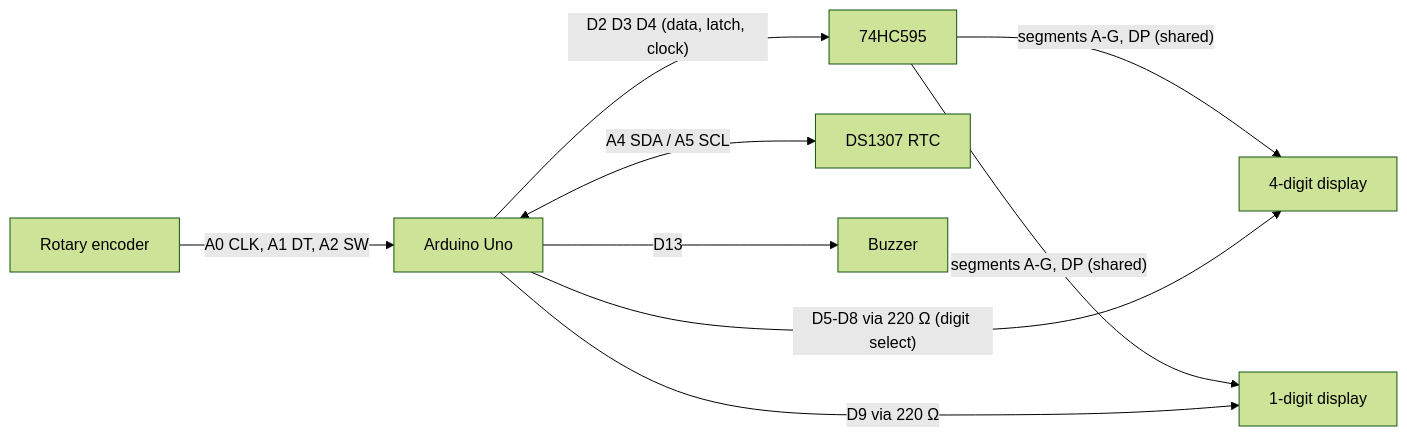
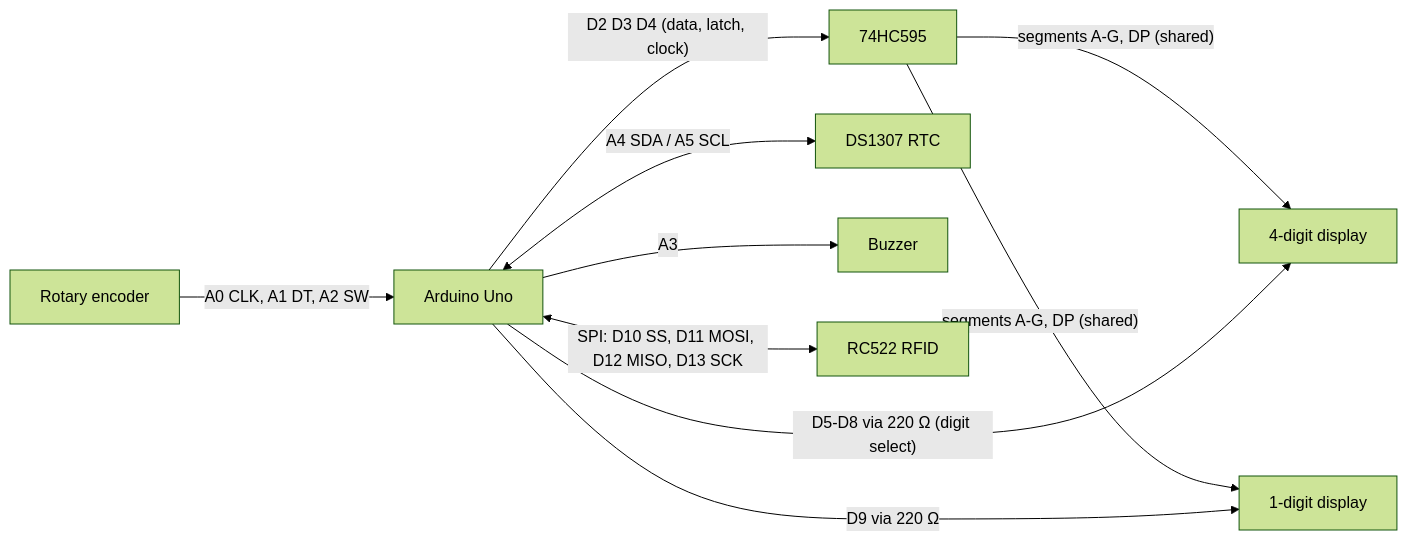
Before and after one commit to Tsheehan11/arduino-desk-clock: the diagram in README.md, drawn with Mermaid (forest theme). The commit also changed other lines of this file and 7 other files, not shown here.

````diff
--- a/README.md
+++ b/README.md
@@ -65,18 +69,20 @@
 ```mermaid
 flowchart LR
   UNO[Arduino Uno]
   SR[74HC595]
   D4[4-digit display]
   D1[1-digit display]
   RTC[DS1307 RTC]
   ENC[Rotary encoder]
   BZ[Buzzer]
+  RF[RC522 RFID]
   UNO -- "D2 D3 D4 (data, latch, clock)" --> SR
   SR -- "segments A-G, DP (shared)" --> D4
   SR -- "segments A-G, DP (shared)" --> D1
   UNO -- "D5-D8 via 220 Ω (digit select)" --> D4
   UNO -- "D9 via 220 Ω" --> D1
   UNO <-- "A4 SDA / A5 SCL" --> RTC
   ENC -- "A0 CLK, A1 DT, A2 SW" --> UNO
-  UNO -- D13 --> BZ
+  UNO -- A3 --> BZ
+  UNO <-- "SPI: D10 SS, D11 MOSI, D12 MISO, D13 SCK" --> RF
 ```
````
